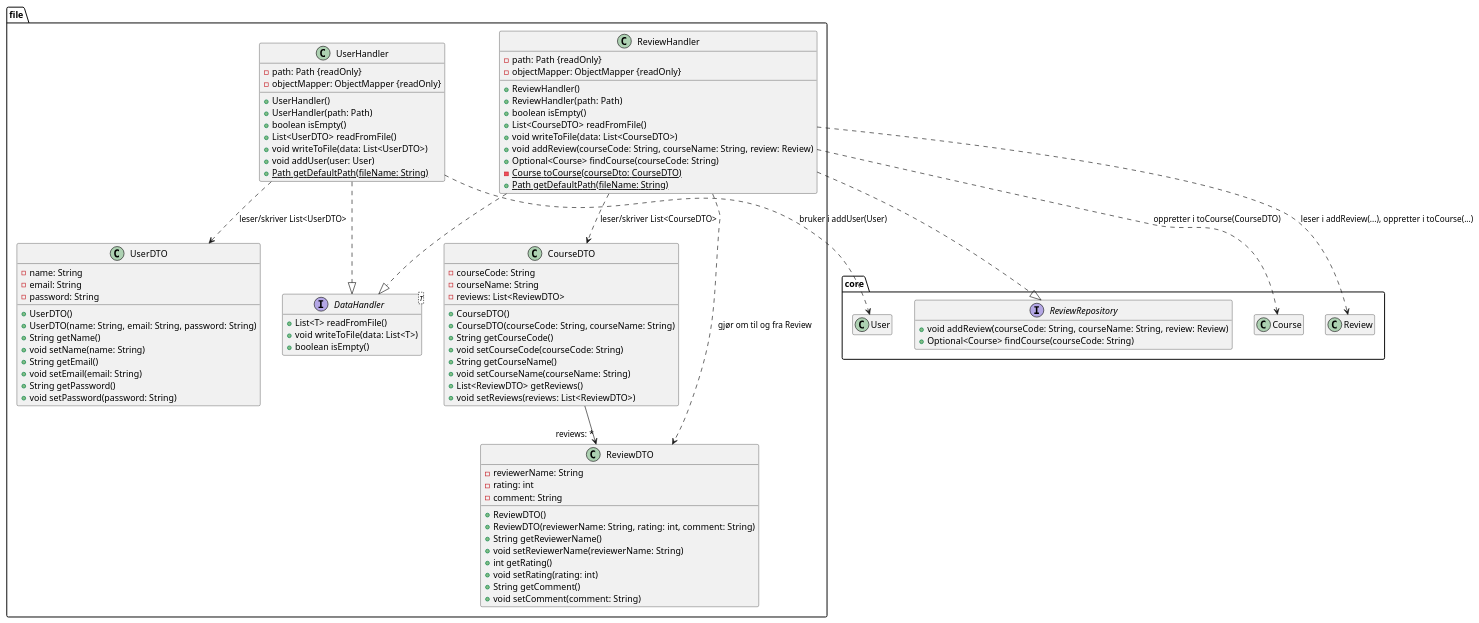
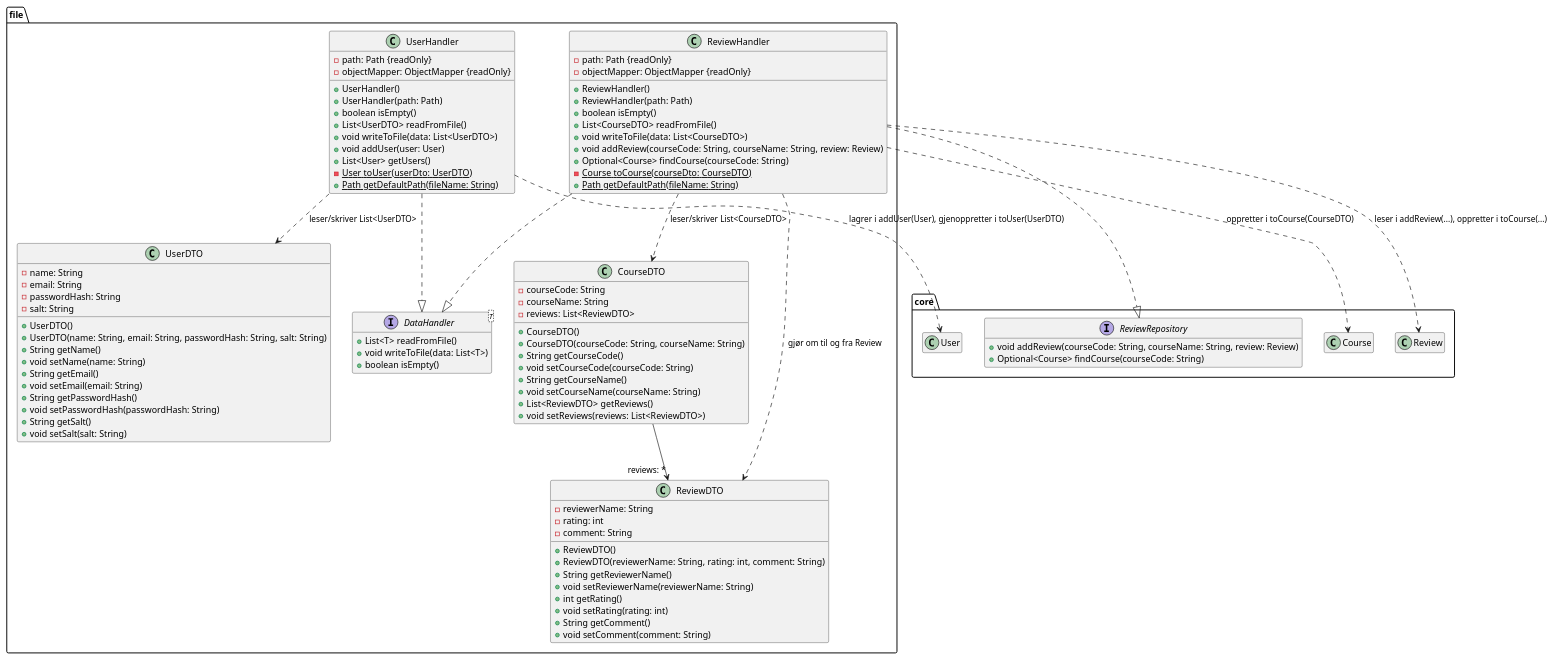
The diagram in arkitektur/klassediagramFile.puml (JesperBarosen/BIThub), drawn with PlantUML before and after one commit. The commit also changed 1 other file, not shown here.

Commit message:
Oppdater klassediagrammer for passordhashing
Oppdater User, PasswordHasher, UserDTO og UserHandler
i klassediagrammene for å gjenspeile den nye
passordhåndteringen med hash og salt.

ref #148

```diff
--- a/arkitektur/klassediagramFile.puml
+++ b/arkitektur/klassediagramFile.puml
@@ -1,103 +1,108 @@
 @startuml klassediagramFile
 hide empty members
 
 package core {
     interface ReviewRepository {
         + void addReview(courseCode: String, courseName: String, review: Review)
         + Optional<Course> findCourse(courseCode: String)
     }
     class Course
     class Review
     class User
 }
 
 package file {
 
     interface "DataHandler<T>" as DataHandler {
         + List<T> readFromFile()
         + void writeToFile(data: List<T>)
         + boolean isEmpty()
     }
 
     class ReviewHandler {
         - path: Path {readOnly}
         - objectMapper: ObjectMapper {readOnly}
         + ReviewHandler()
         + ReviewHandler(path: Path)
         + boolean isEmpty()
         + List<CourseDTO> readFromFile()
         + void writeToFile(data: List<CourseDTO>)
         + void addReview(courseCode: String, courseName: String, review: Review)
         + Optional<Course> findCourse(courseCode: String)
         - {static} Course toCourse(courseDto: CourseDTO)
         + {static} Path getDefaultPath(fileName: String)
     }
 
     class UserHandler {
         - path: Path {readOnly}
         - objectMapper: ObjectMapper {readOnly}
         + UserHandler()
         + UserHandler(path: Path)
         + boolean isEmpty()
         + List<UserDTO> readFromFile()
         + void writeToFile(data: List<UserDTO>)
         + void addUser(user: User)
+        + List<User> getUsers()
+        - {static} User toUser(userDto: UserDTO)
         + {static} Path getDefaultPath(fileName: String)
     }
 
     class CourseDTO {
         - courseCode: String
         - courseName: String
         - reviews: List<ReviewDTO>
         + CourseDTO()
         + CourseDTO(courseCode: String, courseName: String)
         + String getCourseCode()
         + void setCourseCode(courseCode: String)
         + String getCourseName()
         + void setCourseName(courseName: String)
         + List<ReviewDTO> getReviews()
         + void setReviews(reviews: List<ReviewDTO>)
     }
 
     class ReviewDTO {
         - reviewerName: String
         - rating: int
         - comment: String
         + ReviewDTO()
         + ReviewDTO(reviewerName: String, rating: int, comment: String)
         + String getReviewerName()
         + void setReviewerName(reviewerName: String)
         + int getRating()
         + void setRating(rating: int)
         + String getComment()
         + void setComment(comment: String)
     }
 
     class UserDTO {
         - name: String
         - email: String
-        - password: String
+        - passwordHash: String
+        - salt: String
         + UserDTO()
-        + UserDTO(name: String, email: String, password: String)
+        + UserDTO(name: String, email: String, passwordHash: String, salt: String)
         + String getName()
         + void setName(name: String)
         + String getEmail()
         + void setEmail(email: String)
-        + String getPassword()
-        + void setPassword(password: String)
+        + String getPasswordHash()
+        + void setPasswordHash(passwordHash: String)
+        + String getSalt()
+        + void setSalt(salt: String)
     }
 
     ReviewHandler ..|> DataHandler
     UserHandler ..|> DataHandler
     ReviewHandler ..> CourseDTO : leser/skriver List<CourseDTO>
     CourseDTO --> "reviews: *" ReviewDTO
     ReviewHandler ..> ReviewDTO : gjør om til og fra Review
     UserHandler ..> UserDTO : leser/skriver List<UserDTO>
 }
 
 ReviewHandler ..|> ReviewRepository
 ReviewHandler ..> Course : oppretter i toCourse(CourseDTO)
 ReviewHandler ..> Review : leser i addReview(...), oppretter i toCourse(...)
-UserHandler ..> User : bruker i addUser(User)
+UserHandler ..> User : lagrer i addUser(User), gjenoppretter i toUser(UserDTO)
 
 @enduml
```
